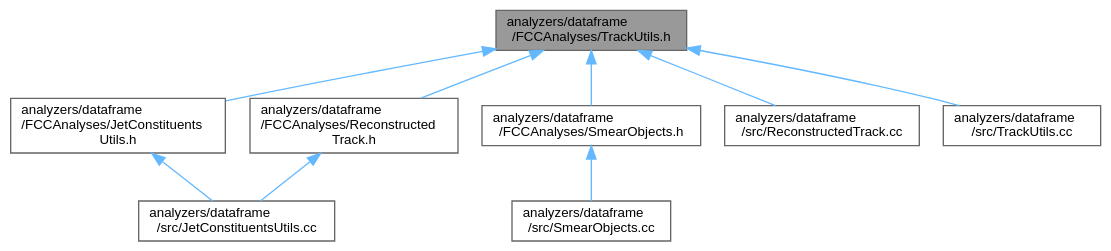
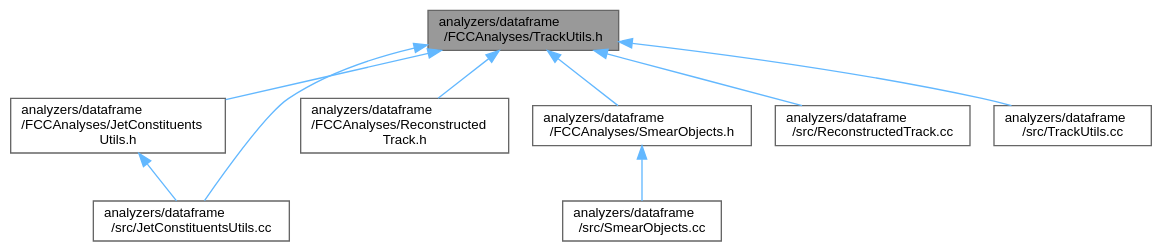
One commit to HEP-FCC/FCCAnalyses changed the diagram in doc/latest/TrackUtils_8h__dep__incl.dot. Above: the diagram before and after it, drawn with Graphviz. The commit also changed 11 other files, not shown here.

```diff
--- a/doc/latest/TrackUtils_8h__dep__incl.dot
+++ b/doc/latest/TrackUtils_8h__dep__incl.dot
@@ -1,23 +1,23 @@
 digraph "analyzers/dataframe/FCCAnalyses/TrackUtils.h"
 {
  // LATEX_PDF_SIZE
   bgcolor="transparent";
   edge [fontname=Helvetica,fontsize=10,labelfontname=Helvetica,labelfontsize=10];
   node [fontname=Helvetica,fontsize=10,shape=box,height=0.2,width=0.4];
   Node1 [id="Node000001",label="analyzers/dataframe\l/FCCAnalyses/TrackUtils.h",height=0.2,width=0.4,color="gray40", fillcolor="grey60", style="filled", fontcolor="black",tooltip=" "];
   Node1 -> Node2 [id="edge1_Node000001_Node000002",dir="back",color="steelblue1",style="solid",tooltip=" "];
   Node2 [id="Node000002",label="analyzers/dataframe\l/FCCAnalyses/JetConstituents\lUtils.h",height=0.2,width=0.4,color="grey40", fillcolor="white", style="filled",URL="$JetConstituentsUtils_8h.html",tooltip=" "];
   Node2 -> Node3 [id="edge2_Node000002_Node000003",dir="back",color="steelblue1",style="solid",tooltip=" "];
   Node3 [id="Node000003",label="analyzers/dataframe\l/src/JetConstituentsUtils.cc",height=0.2,width=0.4,color="grey40", fillcolor="white", style="filled",URL="$JetConstituentsUtils_8cc.html",tooltip=" "];
   Node1 -> Node4 [id="edge3_Node000001_Node000004",dir="back",color="steelblue1",style="solid",tooltip=" "];
   Node4 [id="Node000004",label="analyzers/dataframe\l/FCCAnalyses/Reconstructed\lTrack.h",height=0.2,width=0.4,color="grey40", fillcolor="white", style="filled",URL="$ReconstructedTrack_8h.html",tooltip=" "];
-  Node4 -> Node3 [id="edge4_Node000004_Node000003",dir="back",color="steelblue1",style="solid",tooltip=" "];
-  Node1 -> Node5 [id="edge5_Node000001_Node000005",dir="back",color="steelblue1",style="solid",tooltip=" "];
+  Node1 -> Node5 [id="edge4_Node000001_Node000005",dir="back",color="steelblue1",style="solid",tooltip=" "];
   Node5 [id="Node000005",label="analyzers/dataframe\l/FCCAnalyses/SmearObjects.h",height=0.2,width=0.4,color="grey40", fillcolor="white", style="filled",URL="$SmearObjects_8h.html",tooltip=" "];
-  Node5 -> Node6 [id="edge6_Node000005_Node000006",dir="back",color="steelblue1",style="solid",tooltip=" "];
+  Node5 -> Node6 [id="edge5_Node000005_Node000006",dir="back",color="steelblue1",style="solid",tooltip=" "];
   Node6 [id="Node000006",label="analyzers/dataframe\l/src/SmearObjects.cc",height=0.2,width=0.4,color="grey40", fillcolor="white", style="filled",URL="$SmearObjects_8cc.html",tooltip=" "];
+  Node1 -> Node3 [id="edge6_Node000001_Node000003",dir="back",color="steelblue1",style="solid",tooltip=" "];
   Node1 -> Node7 [id="edge7_Node000001_Node000007",dir="back",color="steelblue1",style="solid",tooltip=" "];
   Node7 [id="Node000007",label="analyzers/dataframe\l/src/ReconstructedTrack.cc",height=0.2,width=0.4,color="grey40", fillcolor="white", style="filled",URL="$ReconstructedTrack_8cc.html",tooltip=" "];
   Node1 -> Node8 [id="edge8_Node000001_Node000008",dir="back",color="steelblue1",style="solid",tooltip=" "];
   Node8 [id="Node000008",label="analyzers/dataframe\l/src/TrackUtils.cc",height=0.2,width=0.4,color="grey40", fillcolor="white", style="filled",URL="$TrackUtils_8cc.html",tooltip=" "];
 }
```
